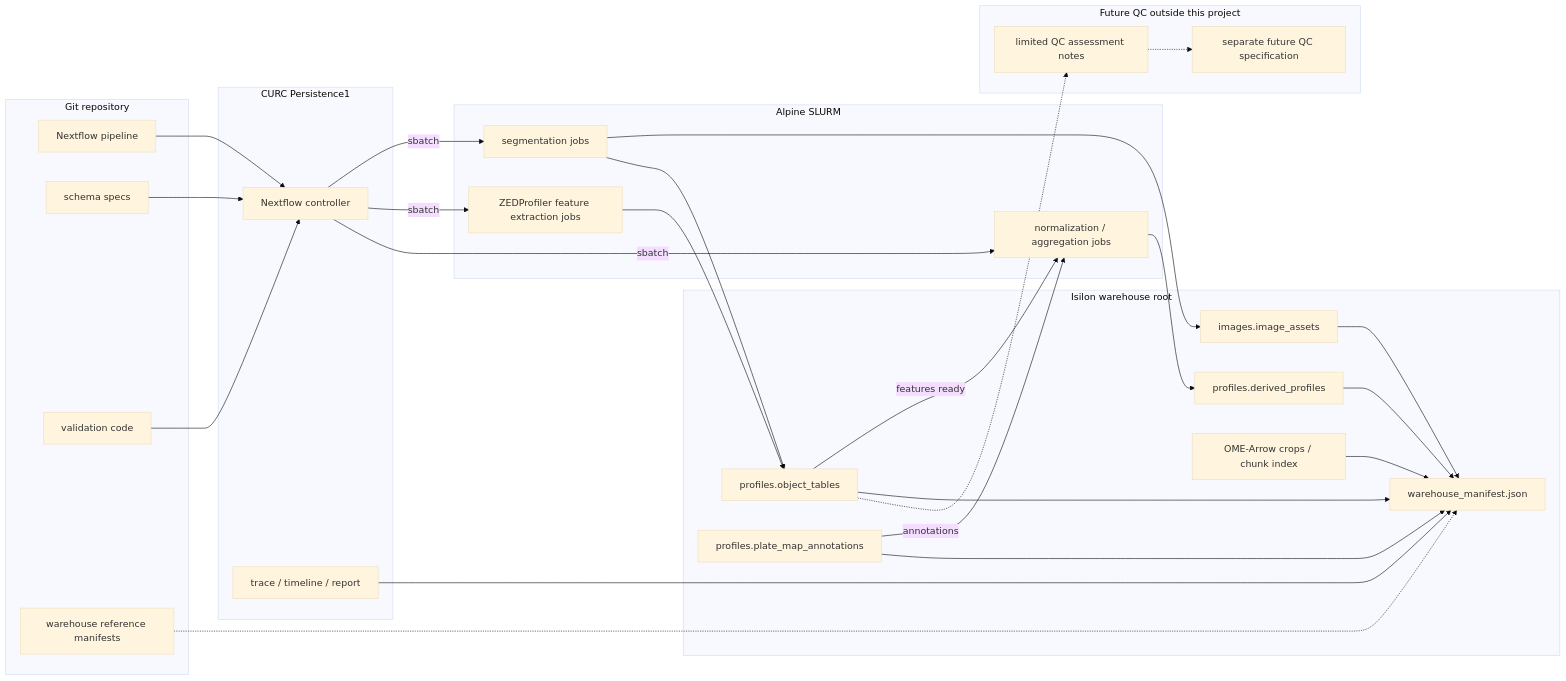
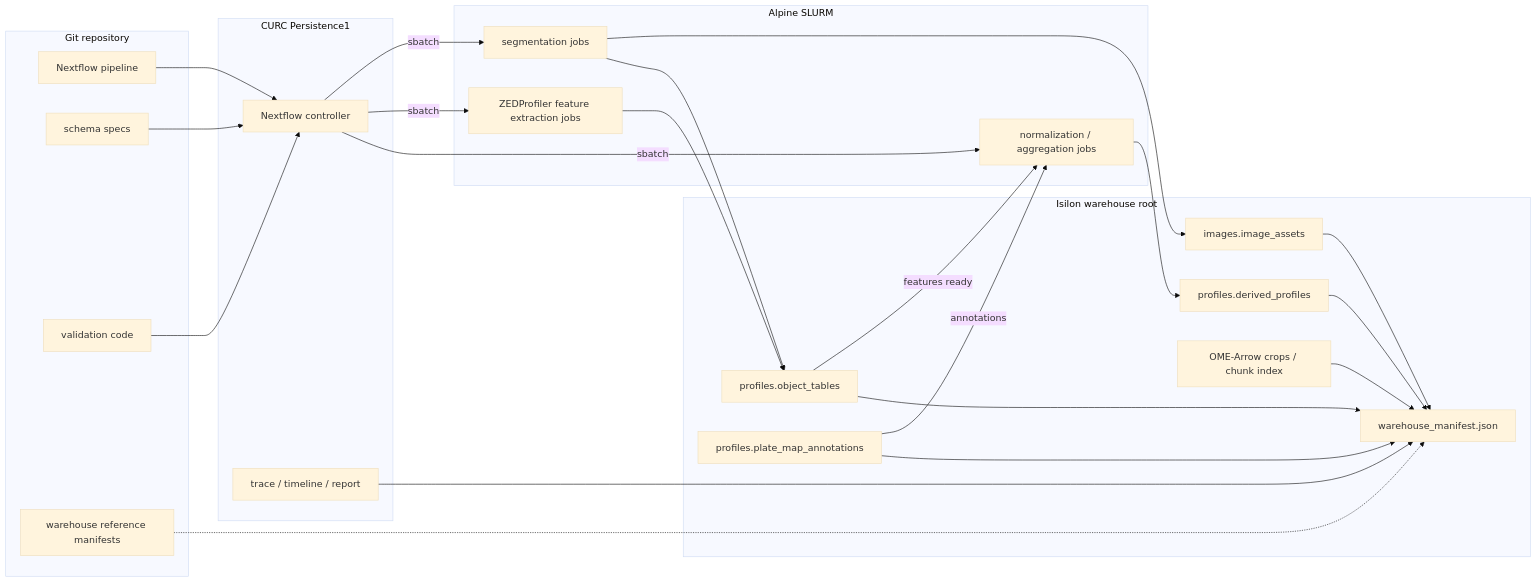
The diagram in docs/source/future_processing_plan.md (WayScience/NF1_3D_organoid_profiling_pipeline), drawn with Mermaid (base theme) before and after one commit.

Commit message:
remove qc stuff from diag

````diff
--- a/docs/source/future_processing_plan.md
+++ b/docs/source/future_processing_plan.md
@@ -76,56 +76,49 @@
 ```mermaid
 flowchart LR
     subgraph git_repo["Git repository"]
         nextflow_pipeline["Nextflow pipeline"]
         schema_specs["schema specs"]
         validation_code["validation code"]
         warehouse_references["warehouse reference manifests"]
     end
 
     subgraph curc_persistence["CURC Persistence1"]
         nextflow_controller["Nextflow controller"]
         run_reports["trace / timeline / report"]
     end
 
     subgraph alpine_slurm["Alpine SLURM"]
         segmentation_jobs["segmentation jobs"]
         featurization_jobs["ZEDProfiler feature extraction jobs"]
         profile_jobs["normalization / aggregation jobs"]
     end
 
     subgraph isilon_warehouse["Isilon warehouse root"]
         warehouse_manifest["warehouse_manifest.json"]
         image_assets["images.image_assets"]
         object_profiles["profiles.object_tables"]
         derived_profiles["profiles.derived_profiles"]
         treatment_annotations["profiles.plate_map_annotations"]
         ome_arrow_assets["OME-Arrow crops / chunk index"]
     end
 
-    subgraph future_qc["Future QC outside this project"]
-        qc_assessment_notes["limited QC assessment notes"]
-        future_qc_spec["separate future QC specification"]
-    end
-
     nextflow_pipeline --> nextflow_controller
     schema_specs --> nextflow_controller
     validation_code --> nextflow_controller
     warehouse_references -.-> warehouse_manifest
     nextflow_controller -->|sbatch| segmentation_jobs
     nextflow_controller -->|sbatch| featurization_jobs
     nextflow_controller -->|sbatch| profile_jobs
     segmentation_jobs --> image_assets
     segmentation_jobs --> object_profiles
     featurization_jobs --> object_profiles
     object_profiles -->|features ready| profile_jobs
     treatment_annotations -->|annotations| profile_jobs
     profile_jobs --> derived_profiles
     image_assets --> warehouse_manifest
     object_profiles --> warehouse_manifest
     derived_profiles --> warehouse_manifest
     treatment_annotations --> warehouse_manifest
     ome_arrow_assets --> warehouse_manifest
     run_reports --> warehouse_manifest
-    object_profiles -.-> qc_assessment_notes
-    qc_assessment_notes -.-> future_qc_spec
 ```
````
